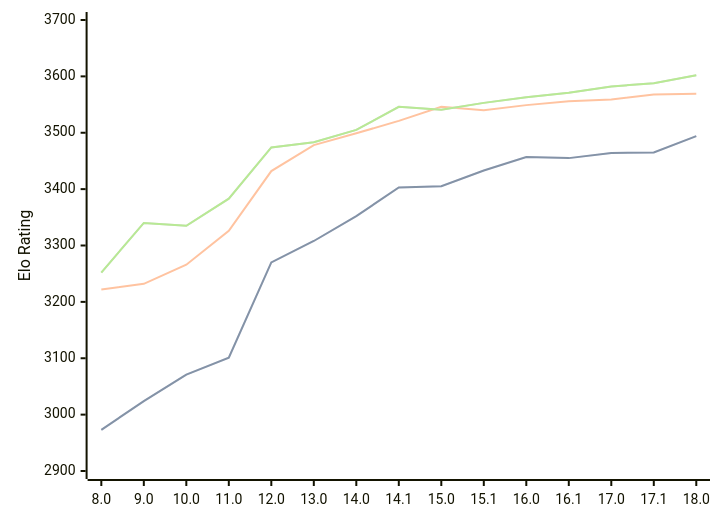
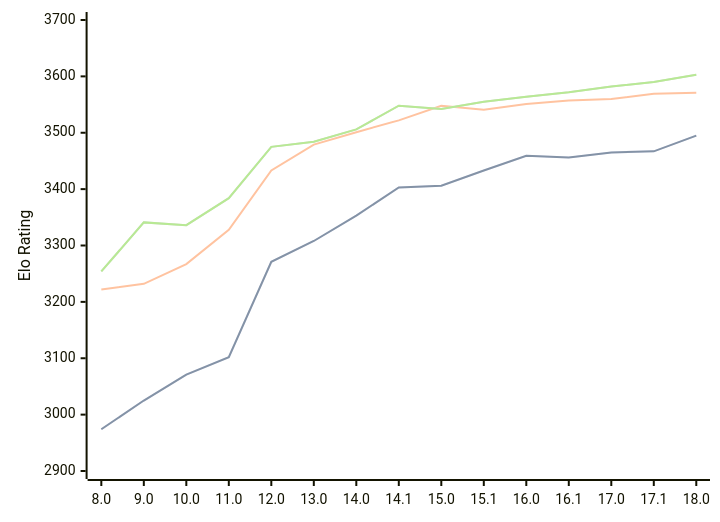
One commit to computer-chess-index/cci changed the third of 3 diagrams in engines/Stockfish.md. Above: the diagram before and after it, drawn with Mermaid. The commit also changed other lines of this file, not shown here.

Commit message:
Update CCI Ratings (ELO VLTC) - 2026-06-22

````diff
--- a/engines/Stockfish.md
+++ b/engines/Stockfish.md
@@ -79,11 +79,11 @@
 ```mermaid
 %%{init: {"theme":"base","themeVariables":{"seriesColors:['#a3a3a3','#222221','#faa371']}}}%%
 xychart-beta
   x-axis ["8.0", "9.0", "10.0", "11.0", "12.0", "13.0", "14.0", "14.1", "15.0", "15.1", "16.0", "16.1", "17.0", "17.1", "18.0"]
   y-axis "Elo Rating" 2900 --> 3700
-  line "STC (8.0+0.08s)" [2973, 3024, 3071, 3101, 3270, 3308, 3352, 3403, 3405, 3433, 3457, 3455, 3464, 3465, 3494]
-  line "STC (8.0+0.08s)" [2973, 3024, 3071, 3101, 3270, 3308, 3352, 3403, 3405, 3433, 3457, 3455, 3464, 3465, 3494]
-  line "LTC (60.0+0.60s)" [3222, 3232, 3266, 3326, 3432, 3478, 3499, 3521, 3546, 3540, 3549, 3556, 3559, 3568, 3569]
-  line "VLTC (2m24s+1.12s)" [3252, 3340, 3335, 3383, 3474, 3483, 3505, 3546, 3541, 3553, 3563, 3571, 3582, 3588, 3602]
-  line "VLTC (2m24s+1.12s)" [3252, 3340, 3335, 3383, 3474, 3483, 3505, 3546, 3541, 3553, 3563, 3571, 3582, 3588, 3602]
+  line "STC (8.0+0.08s)" [2974, 3025, 3071, 3102, 3271, 3308, 3353, 3403, 3406, 3433, 3459, 3456, 3465, 3467, 3495]
+  line "STC (8.0+0.08s)" [2974, 3025, 3071, 3102, 3271, 3308, 3353, 3403, 3406, 3433, 3459, 3456, 3465, 3467, 3495]
+  line "LTC (60.0+0.60s)" [3222, 3232, 3267, 3328, 3433, 3479, 3501, 3522, 3548, 3541, 3551, 3557, 3560, 3569, 3571]
+  line "VLTC (2m24s+1.12s)" [3254, 3341, 3336, 3384, 3475, 3484, 3506, 3548, 3542, 3555, 3564, 3572, 3582, 3590, 3603]
+  line "VLTC (2m24s+1.12s)" [3254, 3341, 3336, 3384, 3475, 3484, 3506, 3548, 3542, 3555, 3564, 3572, 3582, 3590, 3603]
 ```
````
